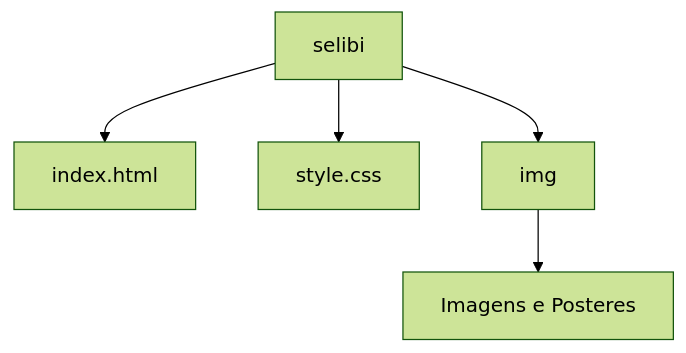
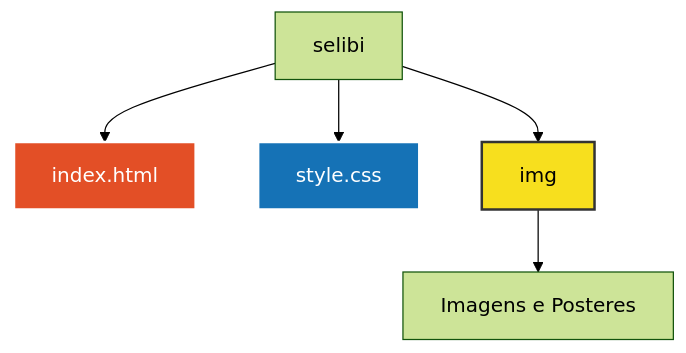
One commit to AliceSilva2012/selibi changed the diagram in README.md. Above: the diagram before and after it, drawn with Mermaid (forest theme).

Commit message:
add markdown

````diff
--- a/README.md
+++ b/README.md
@@ -74,7 +74,11 @@
 ```mermaid
 graph TD
     A[selibi] --> B[index.html]
     A --> C[style.css]
     A --> D[img]
     D --> E["Imagens e Posteres"]
+
+    style B fill:#e34f26,stroke:#fff,stroke-width:2px,color:#fff
+    style C fill:#1572b6,stroke:#fff,stroke-width:2px,color:#fff
+    style D fill:#f7df1e,stroke:#333,stroke-width:2px,color:#000
 ```
````
